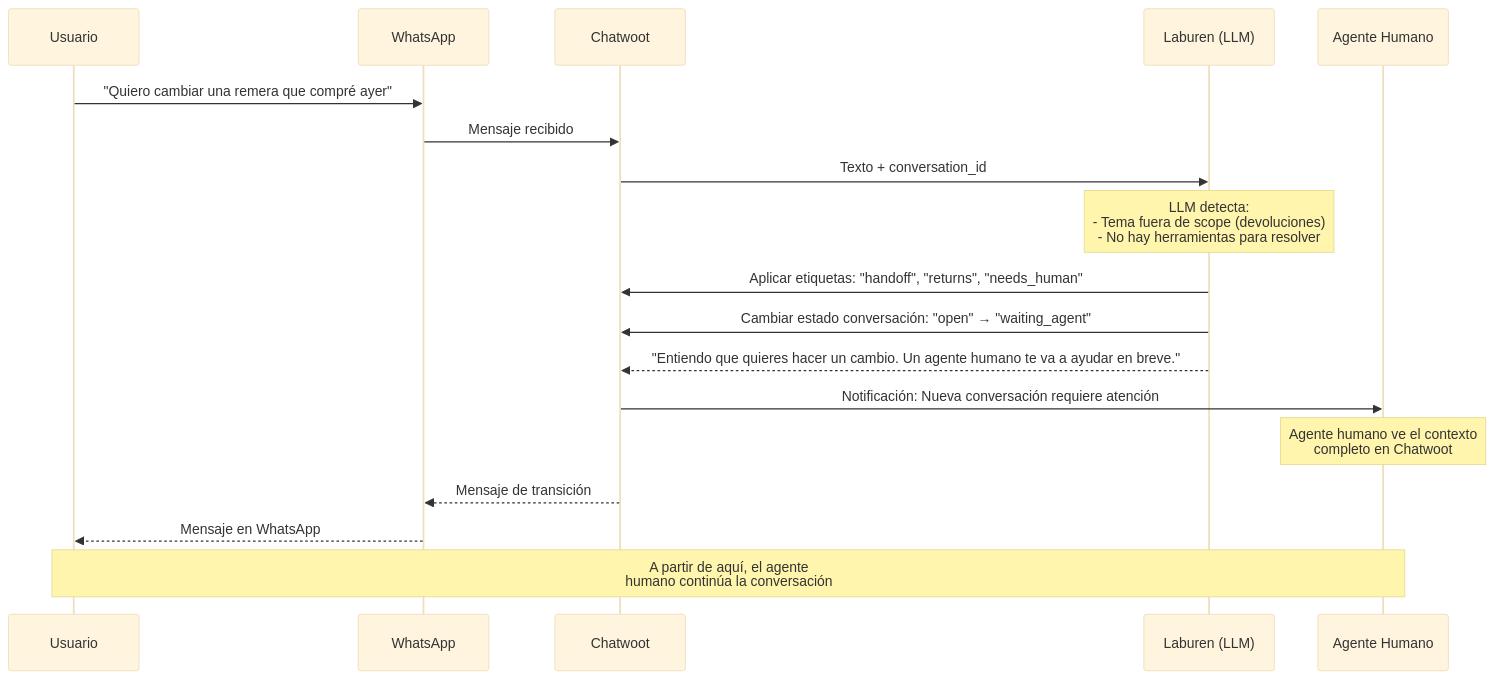
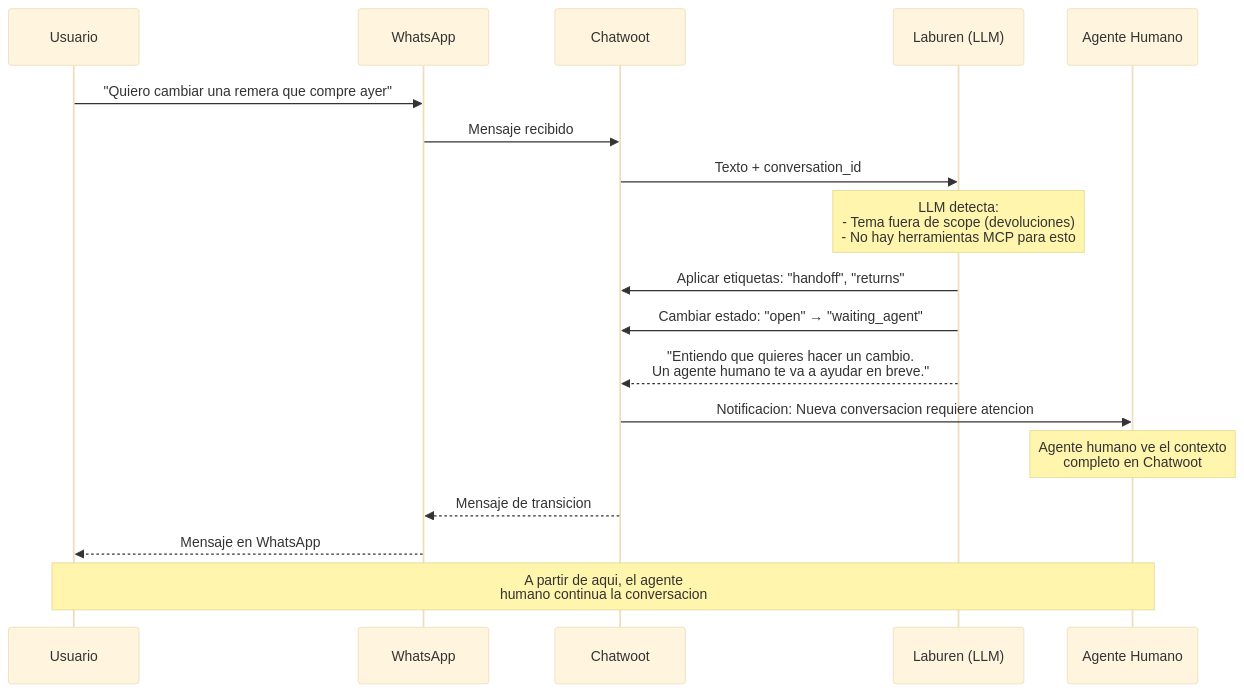
The seventh of 7 diagrams in docs/flujo-agente.md (ArielDRighi/laburen-challenge), drawn with Mermaid (base theme) before and after one commit. The commit also changed other lines of this file and 4 other files, not shown here.

````diff
--- a/docs/flujo-agente.md
+++ b/docs/flujo-agente.md
@@ -260,26 +276,26 @@
 ```mermaid
 sequenceDiagram
     participant U as Usuario
     participant W as WhatsApp
     participant C as Chatwoot
     participant L as Laburen (LLM)
     participant H as Agente Humano
 
-    U->>W: "Quiero cambiar una remera que compré ayer"
+    U->>W: "Quiero cambiar una remera que compre ayer"
     W->>C: Mensaje recibido
     C->>L: Texto + conversation_id
 
-    Note over L: LLM detecta:<br/>- Tema fuera de scope (devoluciones)<br/>- No hay herramientas para resolver
+    Note over L: LLM detecta:<br/>- Tema fuera de scope (devoluciones)<br/>- No hay herramientas MCP para esto
 
-    L->>C: Aplicar etiquetas: "handoff", "returns", "needs_human"
-    L->>C: Cambiar estado conversación: "open" → "waiting_agent"
-    L-->>C: "Entiendo que quieres hacer un cambio. Un agente humano te va a ayudar en breve."
+    L->>C: Aplicar etiquetas: "handoff", "returns"
+    L->>C: Cambiar estado: "open" → "waiting_agent"
+    L-->>C: "Entiendo que quieres hacer un cambio.<br/>Un agente humano te va a ayudar en breve."
 
-    C->>H: Notificación: Nueva conversación requiere atención
+    C->>H: Notificacion: Nueva conversacion requiere atencion
     Note over H: Agente humano ve el contexto<br/>completo en Chatwoot
 
-    C-->>W: Mensaje de transición
+    C-->>W: Mensaje de transicion
     W-->>U: Mensaje en WhatsApp
 
-    Note over U,H: A partir de aquí, el agente<br/>humano continúa la conversación
+    Note over U,H: A partir de aqui, el agente<br/>humano continua la conversacion
 ```
````
